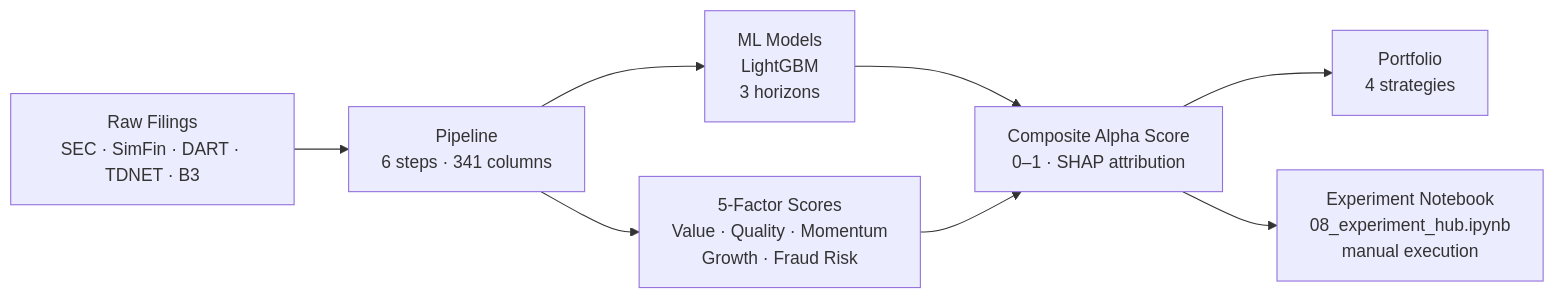
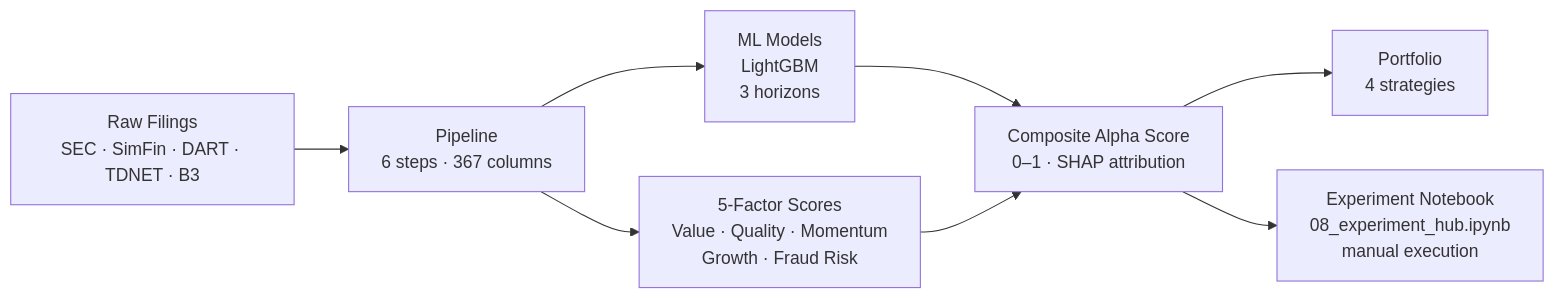
Before and after one commit to sherlock718/stock-fraud-screener: the diagram in docs/index.md, drawn with Mermaid. The commit also changed other lines of this file and 5 other files, not shown here.

First line of the commit message:
docs(architecture): sync architecture docs with current repo structure

````diff
--- a/docs/index.md
+++ b/docs/index.md
@@ -71,10 +71,10 @@
 ```mermaid
 graph LR
-    A["Raw Filings<br/>SEC · SimFin · DART · TDNET · B3"] --> B["Pipeline<br/>6 steps · 341 columns"]
+    A["Raw Filings<br/>SEC · SimFin · DART · TDNET · B3"] --> B["Pipeline<br/>6 steps · 367 columns"]
     B --> C["ML Models<br/>LightGBM<br/>3 horizons"]
     B --> D["5-Factor Scores<br/>Value · Quality · Momentum<br/>Growth · Fraud Risk"]
     C --> E["Composite Alpha Score<br/>0–1 · SHAP attribution"]
     D --> E
     E --> F["Portfolio<br/>4 strategies"]
     E --> G["Experiment Notebook<br/>08_experiment_hub.ipynb<br/>manual execution"]
 ```
````
